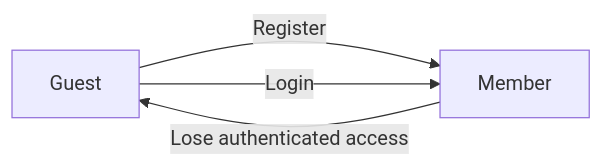
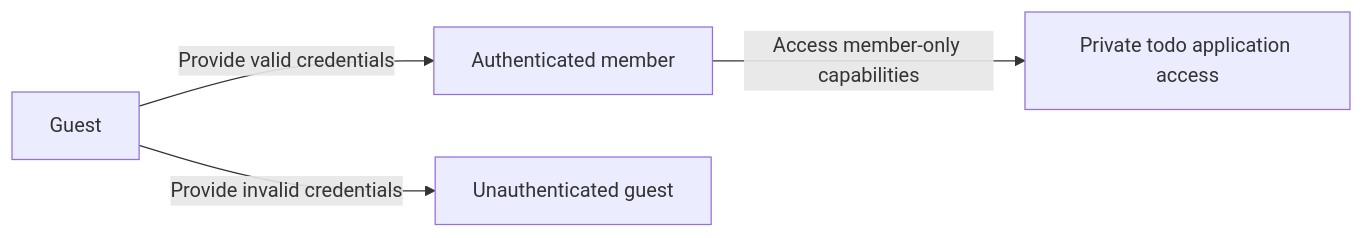
The fourth of 10 diagrams in openai/gpt-5.4-mini/todo/docs/analysis/01-actors-and-auth.md (wrtnlabs/autobe-examples), drawn with Mermaid before and after one commit. The commit also changed other lines of this file and 6645 other files, not shown here.

````diff
--- a/openai/gpt-5.4-mini/todo/docs/analysis/01-actors-and-auth.md
+++ b/openai/gpt-5.4-mini/todo/docs/analysis/01-actors-and-auth.md
@@ -184,6 +163,6 @@
 ```mermaid
 flowchart LR
-    A["Guest"] -->|"Register"| B["Member"]
-    A -->|"Login"| B
-    B -->|"Lose authenticated access"| A
+    A["Guest"] -->|"Provide valid credentials"| B["Authenticated member"]
+    A -->|"Provide invalid credentials"| C["Unauthenticated guest"]
+    B -->|"Access member-only capabilities"| D["Private todo application access"]
 ```
````
